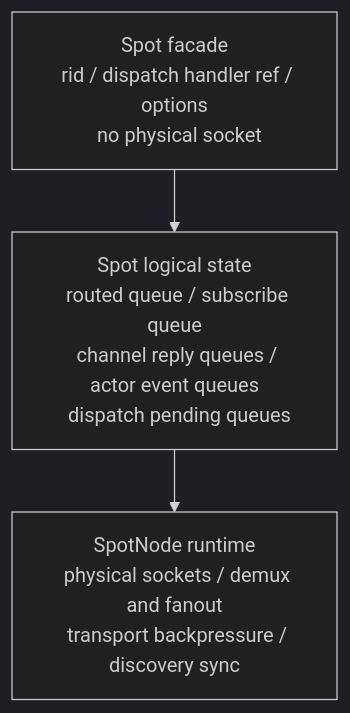
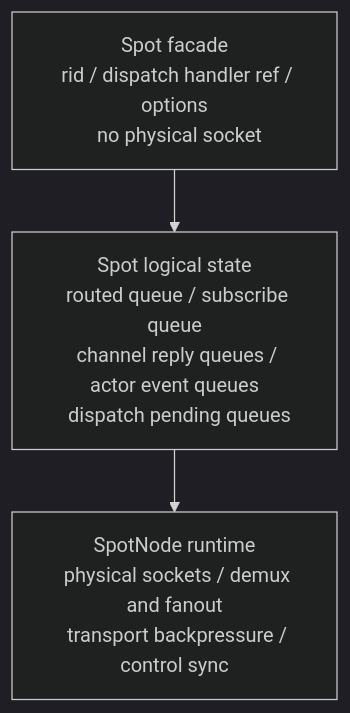
The eighth of 12 diagrams in core/doc/internals/spot-internals.md (kairos-code-dev/zlink), drawn with Mermaid (dark theme) before and after one commit. The commit also changed other lines of this file and 116 other files, not shown here.

````diff
--- a/core/doc/internals/spot-internals.md
+++ b/core/doc/internals/spot-internals.md
@@ -713,16 +708,16 @@
 ```mermaid
 flowchart TB
   Facade["Spot facade
   rid / dispatch handler ref / options
   no physical socket"]
   Logical["Spot logical state
   routed queue / subscribe queue
   channel reply queues / actor event queues
   dispatch pending queues"]
   Runtime["SpotNode runtime
   physical sockets / demux and fanout
-  transport backpressure / discovery sync"]
+  transport backpressure / control sync"]
 
   Facade --> Logical
   Logical --> Runtime
 ```
````
